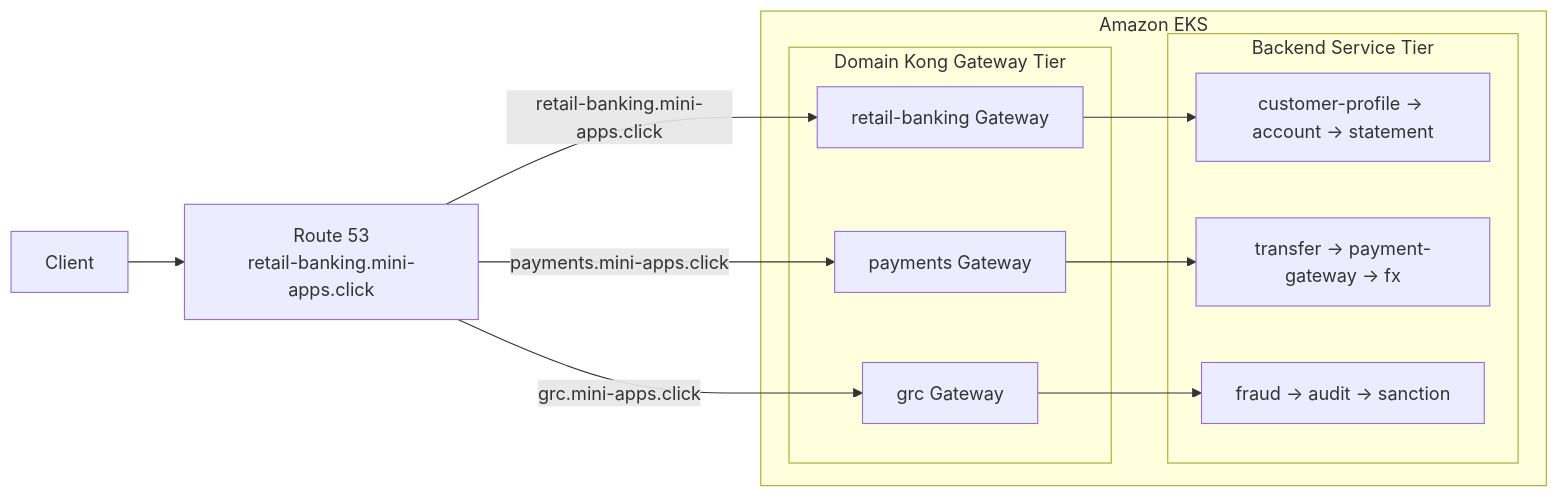
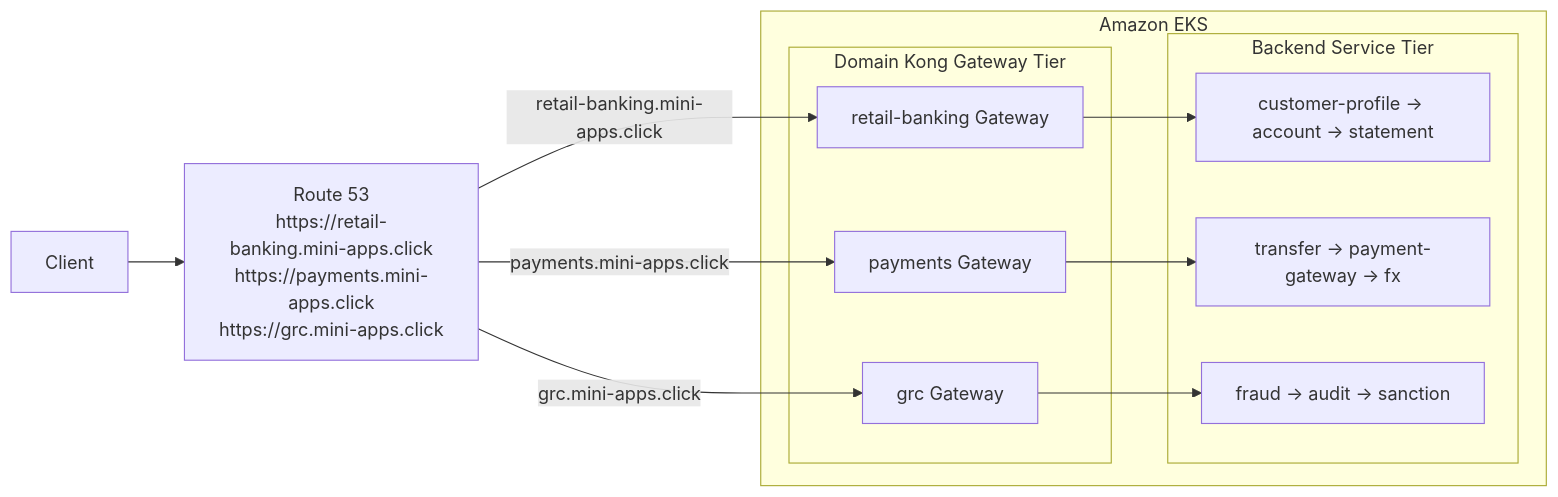
One commit to zinmoe-tech/ace-project-2026 changed the diagram in README.md. Above: the diagram before and after it, drawn with Mermaid.

````diff
--- a/README.md
+++ b/README.md
@@ -46,24 +46,24 @@
 ```mermaid
 flowchart LR
     client[Client]
-    dns[Route 53<br/>retail-banking.mini-apps.click]
+    dns[Route 53<br/>https://retail-banking.mini-apps.click<br>https://payments.mini-apps.click<br>https://grc.mini-apps.click]
 
     subgraph eks[Amazon EKS]
         subgraph kic[Domain Kong Gateway Tier]
             rbGw[retail-banking Gateway]
             payGw[payments Gateway]
             grcGw[grc Gateway]
         end
 
         subgraph apps[Backend Service Tier]
             rbSvc[customer-profile -> account -> statement]
             paySvc[transfer -> payment-gateway -> fx]
             grcSvc[fraud -> audit -> sanction]
         end
     end
 
     client --> dns
     dns -->|retail-banking.mini-apps.click| rbGw --> rbSvc
     dns -->|payments.mini-apps.click| payGw --> paySvc
     dns -->|grc.mini-apps.click| grcGw --> grcSvc
 ```
````
